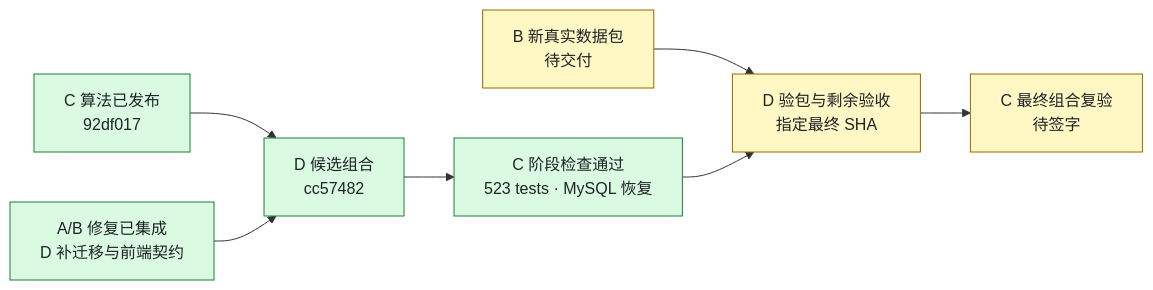
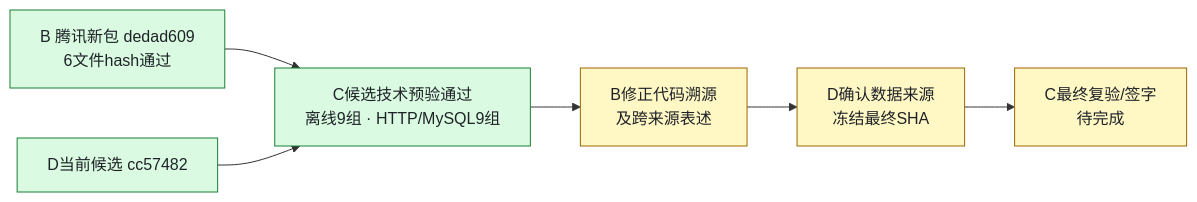
The diagram in docs/C_PROGRESS.md (27ye/ai-quant-platform), drawn with Mermaid before and after one commit. The commit also changed other lines of this file and 10 other files, not shown here.

````diff
--- a/docs/C_PROGRESS.md
+++ b/docs/C_PROGRESS.md
@@ -15,13 +7,12 @@
 ```mermaid
 flowchart LR
-    C["C 算法已发布<br/>92df017"] --> D["D 候选组合<br/>cc57482"]
-    AB["A/B 修复已集成<br/>D 补迁移与前端契约"] --> D
-    D --> T["C 阶段检查通过<br/>523 tests · MySQL 恢复"]
-    B["B 新真实数据包<br/>待交付"] --> V["D 验包与剩余验收<br/>指定最终 SHA"]
-    T --> V
-    V --> F["C 最终组合复验<br/>待签字"]
+    B["B 腾讯新包 dedad609<br/>6文件hash通过"] --> C["C候选技术预验通过<br/>离线9组 · HTTP/MySQL9组"]
+    D["D当前候选 cc57482"] --> C
+    C --> M["B修正代码溯源<br/>及跨来源表述"]
+    M --> F["D确认数据来源<br/>冻结最终SHA"]
+    F --> S["C最终复验/签字<br/>待完成"]
     classDef done fill:#dafbe1,stroke:#1a7f37,color:#1f2328
     classDef pending fill:#fff8c5,stroke:#9a6700,color:#1f2328
-    class C,AB,D,T done
-    class B,V,F pending
+    class B,C,D done
+    class M,F,S pending
 ```
````
